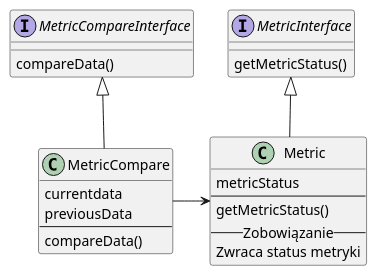
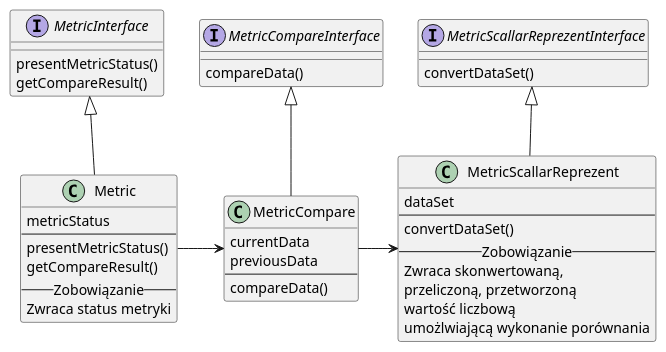
One commit to marekz/metric_test changed the diagram in DOC/Metric_05.puml. Above: the diagram before and after it, drawn with PlantUML. The commit also changed 9 other files, not shown here.

Commit message:
Zmina nazwy niepotrzebych plikow na prefix OUT_, modyfikacja UML-a

```diff
--- a/DOC/Metric_05.puml
+++ b/DOC/Metric_05.puml
@@ -1,32 +1,53 @@
 @startuml
 
 interface MetricInterface {
-    getMetricStatus()
+    presentMetricStatus()
+    getCompareResult()
 }
 
 class Metric {
     metricStatus
 --
-    getMetricStatus()
+    presentMetricStatus()
+    getCompareResult()
 -- Zobowiązanie --
 Zwraca status metryki
 }
 
 Metric -up-|> MetricInterface
 
 interface MetricCompareInterface {
 compareData()
 }
 
 class MetricCompare {
-currentdata
+currentData
 previousData
 --
 compareData()
 }
 
 MetricCompare -up-|> MetricCompareInterface
 
-MetricCompare -right-> Metric
+Metric -right-> MetricCompare
+
+interface MetricScallarReprezentInterface {
+convertDataSet()
+}
+
+class MetricScallarReprezent {
+dataSet
+--
+convertDataSet()
+-- Zobowiązanie --
+Zwraca skonwertowaną, 
+przeliczoną, przetworzoną 
+wartość liczbową
+umożlwiającą wykonanie porównania
+}
+
+MetricScallarReprezent -up-|> MetricScallarReprezentInterface
+
+MetricCompare -right-> MetricScallarReprezent
 
 @enduml
```
